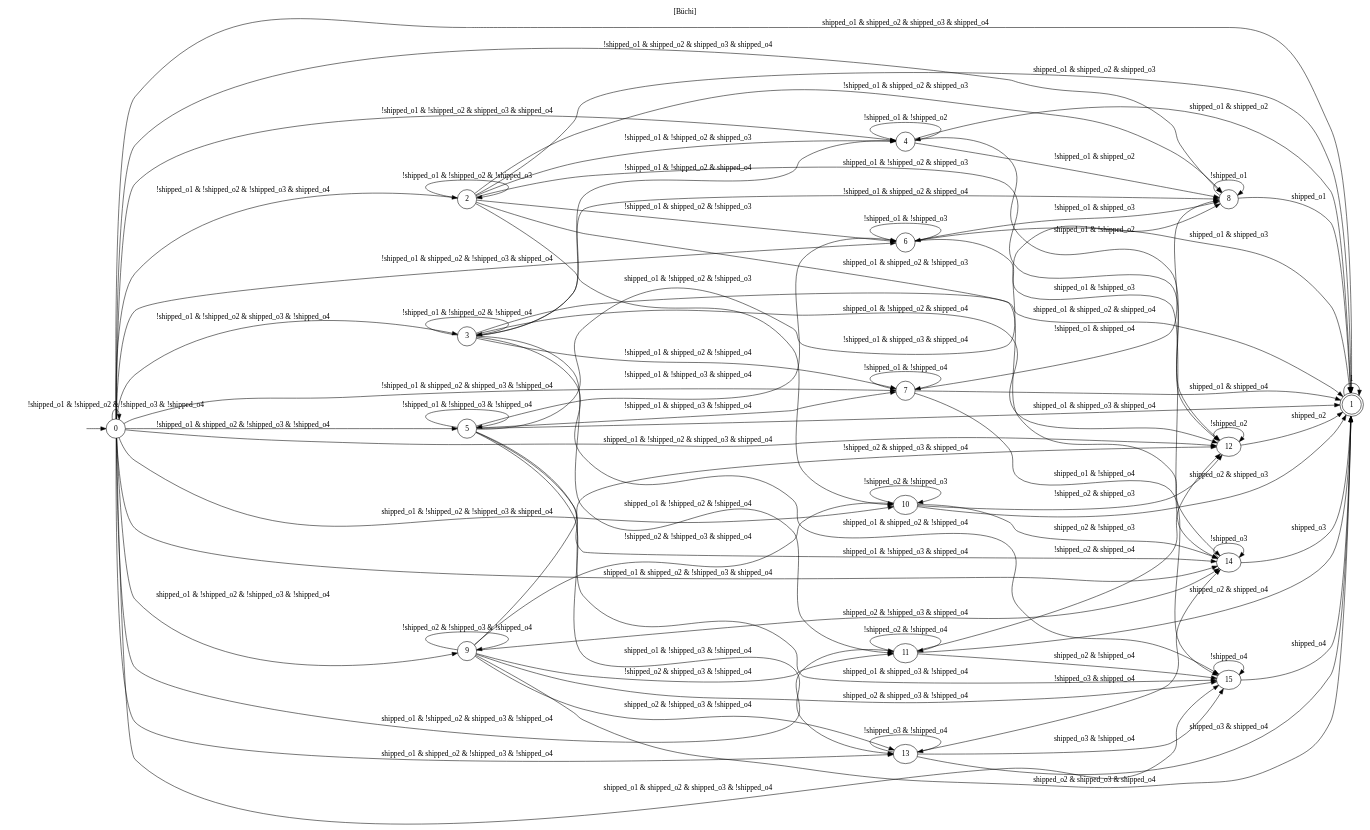
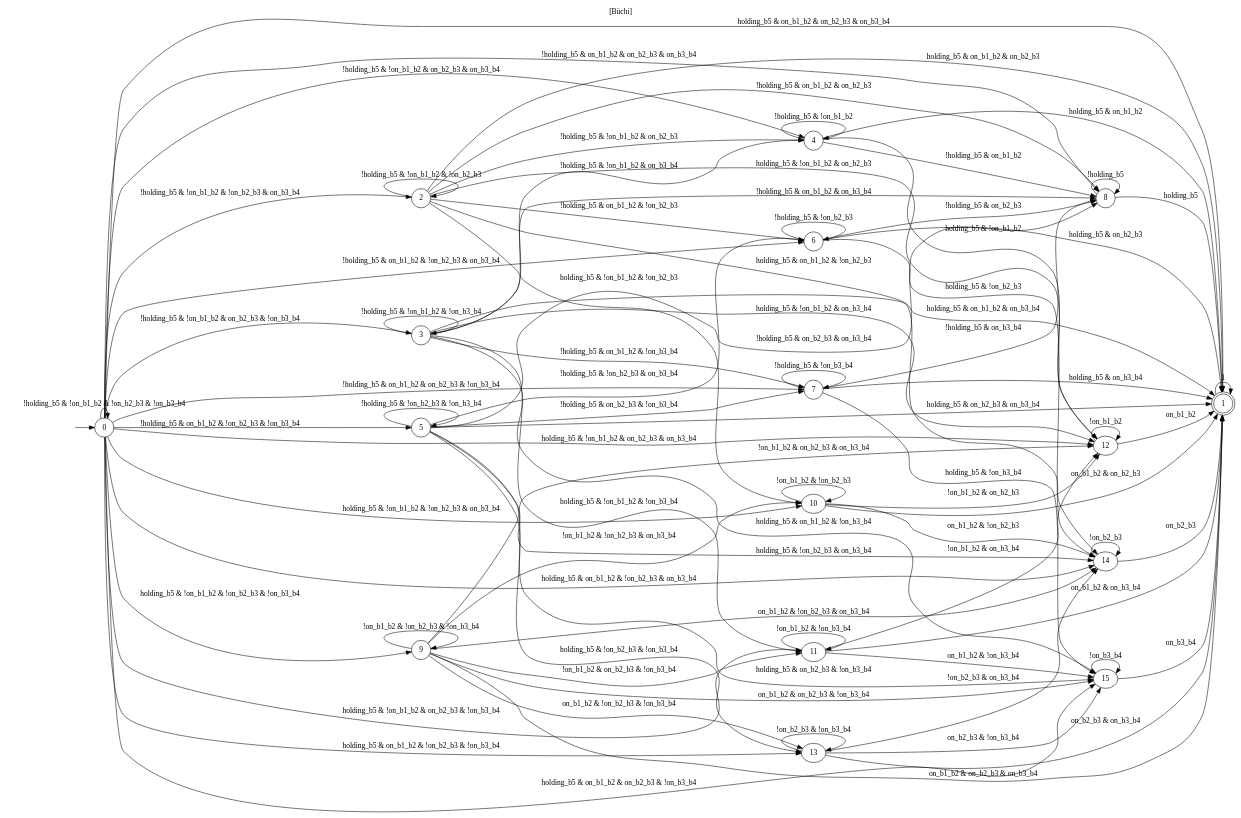
The diagram in a04_pddl_dfa.dot (YuliiaSuprun/Task-Planning-with-TEGs), drawn with Graphviz before and after one commit. The commit also changed 40 other files, not shown here.

```diff
--- a/a04_pddl_dfa.dot
+++ b/a04_pddl_dfa.dot
@@ -1,105 +1,105 @@
 digraph "" {
   rankdir=LR
   label="[Büchi]"
   labelloc="t"
   node [shape="ellipse",width="0.5",height="0.5"]
   I [label="", style=invis, width=0]
   I -> 0
   0 [label="0"]
-  0 -> 0 [label="!shipped_o1 & !shipped_o2 & !shipped_o3 & !shipped_o4"]
-  0 -> 1 [label="shipped_o1 & shipped_o2 & shipped_o3 & shipped_o4"]
-  0 -> 2 [label="!shipped_o1 & !shipped_o2 & !shipped_o3 & shipped_o4"]
-  0 -> 3 [label="!shipped_o1 & !shipped_o2 & shipped_o3 & !shipped_o4"]
-  0 -> 4 [label="!shipped_o1 & !shipped_o2 & shipped_o3 & shipped_o4"]
-  0 -> 5 [label="!shipped_o1 & shipped_o2 & !shipped_o3 & !shipped_o4"]
-  0 -> 6 [label="!shipped_o1 & shipped_o2 & !shipped_o3 & shipped_o4"]
-  0 -> 7 [label="!shipped_o1 & shipped_o2 & shipped_o3 & !shipped_o4"]
-  0 -> 8 [label="!shipped_o1 & shipped_o2 & shipped_o3 & shipped_o4"]
-  0 -> 9 [label="shipped_o1 & !shipped_o2 & !shipped_o3 & !shipped_o4"]
-  0 -> 10 [label="shipped_o1 & !shipped_o2 & !shipped_o3 & shipped_o4"]
-  0 -> 11 [label="shipped_o1 & !shipped_o2 & shipped_o3 & !shipped_o4"]
-  0 -> 12 [label="shipped_o1 & !shipped_o2 & shipped_o3 & shipped_o4"]
-  0 -> 13 [label="shipped_o1 & shipped_o2 & !shipped_o3 & !shipped_o4"]
-  0 -> 14 [label="shipped_o1 & shipped_o2 & !shipped_o3 & shipped_o4"]
-  0 -> 15 [label="shipped_o1 & shipped_o2 & shipped_o3 & !shipped_o4"]
+  0 -> 0 [label="!holding_b5 & !on_b1_b2 & !on_b2_b3 & !on_b3_b4"]
+  0 -> 1 [label="holding_b5 & on_b1_b2 & on_b2_b3 & on_b3_b4"]
+  0 -> 2 [label="!holding_b5 & !on_b1_b2 & !on_b2_b3 & on_b3_b4"]
+  0 -> 3 [label="!holding_b5 & !on_b1_b2 & on_b2_b3 & !on_b3_b4"]
+  0 -> 4 [label="!holding_b5 & !on_b1_b2 & on_b2_b3 & on_b3_b4"]
+  0 -> 5 [label="!holding_b5 & on_b1_b2 & !on_b2_b3 & !on_b3_b4"]
+  0 -> 6 [label="!holding_b5 & on_b1_b2 & !on_b2_b3 & on_b3_b4"]
+  0 -> 7 [label="!holding_b5 & on_b1_b2 & on_b2_b3 & !on_b3_b4"]
+  0 -> 8 [label="!holding_b5 & on_b1_b2 & on_b2_b3 & on_b3_b4"]
+  0 -> 9 [label="holding_b5 & !on_b1_b2 & !on_b2_b3 & !on_b3_b4"]
+  0 -> 10 [label="holding_b5 & !on_b1_b2 & !on_b2_b3 & on_b3_b4"]
+  0 -> 11 [label="holding_b5 & !on_b1_b2 & on_b2_b3 & !on_b3_b4"]
+  0 -> 12 [label="holding_b5 & !on_b1_b2 & on_b2_b3 & on_b3_b4"]
+  0 -> 13 [label="holding_b5 & on_b1_b2 & !on_b2_b3 & !on_b3_b4"]
+  0 -> 14 [label="holding_b5 & on_b1_b2 & !on_b2_b3 & on_b3_b4"]
+  0 -> 15 [label="holding_b5 & on_b1_b2 & on_b2_b3 & !on_b3_b4"]
   1 [label="1", peripheries=2]
   1 -> 1 [label="1"]
   2 [label="2"]
-  2 -> 1 [label="shipped_o1 & shipped_o2 & shipped_o3"]
-  2 -> 2 [label="!shipped_o1 & !shipped_o2 & !shipped_o3"]
-  2 -> 4 [label="!shipped_o1 & !shipped_o2 & shipped_o3"]
-  2 -> 6 [label="!shipped_o1 & shipped_o2 & !shipped_o3"]
-  2 -> 8 [label="!shipped_o1 & shipped_o2 & shipped_o3"]
-  2 -> 10 [label="shipped_o1 & !shipped_o2 & !shipped_o3"]
-  2 -> 12 [label="shipped_o1 & !shipped_o2 & shipped_o3"]
-  2 -> 14 [label="shipped_o1 & shipped_o2 & !shipped_o3"]
+  2 -> 1 [label="holding_b5 & on_b1_b2 & on_b2_b3"]
+  2 -> 2 [label="!holding_b5 & !on_b1_b2 & !on_b2_b3"]
+  2 -> 4 [label="!holding_b5 & !on_b1_b2 & on_b2_b3"]
+  2 -> 6 [label="!holding_b5 & on_b1_b2 & !on_b2_b3"]
+  2 -> 8 [label="!holding_b5 & on_b1_b2 & on_b2_b3"]
+  2 -> 10 [label="holding_b5 & !on_b1_b2 & !on_b2_b3"]
+  2 -> 12 [label="holding_b5 & !on_b1_b2 & on_b2_b3"]
+  2 -> 14 [label="holding_b5 & on_b1_b2 & !on_b2_b3"]
   3 [label="3"]
-  3 -> 1 [label="shipped_o1 & shipped_o2 & shipped_o4"]
-  3 -> 3 [label="!shipped_o1 & !shipped_o2 & !shipped_o4"]
-  3 -> 4 [label="!shipped_o1 & !shipped_o2 & shipped_o4"]
-  3 -> 7 [label="!shipped_o1 & shipped_o2 & !shipped_o4"]
-  3 -> 8 [label="!shipped_o1 & shipped_o2 & shipped_o4"]
-  3 -> 11 [label="shipped_o1 & !shipped_o2 & !shipped_o4"]
-  3 -> 12 [label="shipped_o1 & !shipped_o2 & shipped_o4"]
-  3 -> 15 [label="shipped_o1 & shipped_o2 & !shipped_o4"]
+  3 -> 1 [label="holding_b5 & on_b1_b2 & on_b3_b4"]
+  3 -> 3 [label="!holding_b5 & !on_b1_b2 & !on_b3_b4"]
+  3 -> 4 [label="!holding_b5 & !on_b1_b2 & on_b3_b4"]
+  3 -> 7 [label="!holding_b5 & on_b1_b2 & !on_b3_b4"]
+  3 -> 8 [label="!holding_b5 & on_b1_b2 & on_b3_b4"]
+  3 -> 11 [label="holding_b5 & !on_b1_b2 & !on_b3_b4"]
+  3 -> 12 [label="holding_b5 & !on_b1_b2 & on_b3_b4"]
+  3 -> 15 [label="holding_b5 & on_b1_b2 & !on_b3_b4"]
   4 [label="4"]
-  4 -> 1 [label="shipped_o1 & shipped_o2"]
-  4 -> 4 [label="!shipped_o1 & !shipped_o2"]
-  4 -> 8 [label="!shipped_o1 & shipped_o2"]
-  4 -> 12 [label="shipped_o1 & !shipped_o2"]
+  4 -> 1 [label="holding_b5 & on_b1_b2"]
+  4 -> 4 [label="!holding_b5 & !on_b1_b2"]
+  4 -> 8 [label="!holding_b5 & on_b1_b2"]
+  4 -> 12 [label="holding_b5 & !on_b1_b2"]
   5 [label="5"]
-  5 -> 1 [label="shipped_o1 & shipped_o3 & shipped_o4"]
-  5 -> 5 [label="!shipped_o1 & !shipped_o3 & !shipped_o4"]
-  5 -> 6 [label="!shipped_o1 & !shipped_o3 & shipped_o4"]
-  5 -> 7 [label="!shipped_o1 & shipped_o3 & !shipped_o4"]
-  5 -> 8 [label="!shipped_o1 & shipped_o3 & shipped_o4"]
-  5 -> 13 [label="shipped_o1 & !shipped_o3 & !shipped_o4"]
-  5 -> 14 [label="shipped_o1 & !shipped_o3 & shipped_o4"]
-  5 -> 15 [label="shipped_o1 & shipped_o3 & !shipped_o4"]
+  5 -> 1 [label="holding_b5 & on_b2_b3 & on_b3_b4"]
+  5 -> 5 [label="!holding_b5 & !on_b2_b3 & !on_b3_b4"]
+  5 -> 6 [label="!holding_b5 & !on_b2_b3 & on_b3_b4"]
+  5 -> 7 [label="!holding_b5 & on_b2_b3 & !on_b3_b4"]
+  5 -> 8 [label="!holding_b5 & on_b2_b3 & on_b3_b4"]
+  5 -> 13 [label="holding_b5 & !on_b2_b3 & !on_b3_b4"]
+  5 -> 14 [label="holding_b5 & !on_b2_b3 & on_b3_b4"]
+  5 -> 15 [label="holding_b5 & on_b2_b3 & !on_b3_b4"]
   6 [label="6"]
-  6 -> 1 [label="shipped_o1 & shipped_o3"]
-  6 -> 6 [label="!shipped_o1 & !shipped_o3"]
-  6 -> 8 [label="!shipped_o1 & shipped_o3"]
-  6 -> 14 [label="shipped_o1 & !shipped_o3"]
+  6 -> 1 [label="holding_b5 & on_b2_b3"]
+  6 -> 6 [label="!holding_b5 & !on_b2_b3"]
+  6 -> 8 [label="!holding_b5 & on_b2_b3"]
+  6 -> 14 [label="holding_b5 & !on_b2_b3"]
   7 [label="7"]
-  7 -> 1 [label="shipped_o1 & shipped_o4"]
-  7 -> 7 [label="!shipped_o1 & !shipped_o4"]
-  7 -> 8 [label="!shipped_o1 & shipped_o4"]
-  7 -> 15 [label="shipped_o1 & !shipped_o4"]
+  7 -> 1 [label="holding_b5 & on_b3_b4"]
+  7 -> 7 [label="!holding_b5 & !on_b3_b4"]
+  7 -> 8 [label="!holding_b5 & on_b3_b4"]
+  7 -> 15 [label="holding_b5 & !on_b3_b4"]
   8 [label="8"]
-  8 -> 1 [label="shipped_o1"]
-  8 -> 8 [label="!shipped_o1"]
+  8 -> 1 [label="holding_b5"]
+  8 -> 8 [label="!holding_b5"]
   9 [label="9"]
-  9 -> 1 [label="shipped_o2 & shipped_o3 & shipped_o4"]
-  9 -> 9 [label="!shipped_o2 & !shipped_o3 & !shipped_o4"]
-  9 -> 10 [label="!shipped_o2 & !shipped_o3 & shipped_o4"]
-  9 -> 11 [label="!shipped_o2 & shipped_o3 & !shipped_o4"]
-  9 -> 12 [label="!shipped_o2 & shipped_o3 & shipped_o4"]
-  9 -> 13 [label="shipped_o2 & !shipped_o3 & !shipped_o4"]
-  9 -> 14 [label="shipped_o2 & !shipped_o3 & shipped_o4"]
-  9 -> 15 [label="shipped_o2 & shipped_o3 & !shipped_o4"]
+  9 -> 1 [label="on_b1_b2 & on_b2_b3 & on_b3_b4"]
+  9 -> 9 [label="!on_b1_b2 & !on_b2_b3 & !on_b3_b4"]
+  9 -> 10 [label="!on_b1_b2 & !on_b2_b3 & on_b3_b4"]
+  9 -> 11 [label="!on_b1_b2 & on_b2_b3 & !on_b3_b4"]
+  9 -> 12 [label="!on_b1_b2 & on_b2_b3 & on_b3_b4"]
+  9 -> 13 [label="on_b1_b2 & !on_b2_b3 & !on_b3_b4"]
+  9 -> 14 [label="on_b1_b2 & !on_b2_b3 & on_b3_b4"]
+  9 -> 15 [label="on_b1_b2 & on_b2_b3 & !on_b3_b4"]
   10 [label="10"]
-  10 -> 1 [label="shipped_o2 & shipped_o3"]
-  10 -> 10 [label="!shipped_o2 & !shipped_o3"]
-  10 -> 12 [label="!shipped_o2 & shipped_o3"]
-  10 -> 14 [label="shipped_o2 & !shipped_o3"]
+  10 -> 1 [label="on_b1_b2 & on_b2_b3"]
+  10 -> 10 [label="!on_b1_b2 & !on_b2_b3"]
+  10 -> 12 [label="!on_b1_b2 & on_b2_b3"]
+  10 -> 14 [label="on_b1_b2 & !on_b2_b3"]
   11 [label="11"]
-  11 -> 1 [label="shipped_o2 & shipped_o4"]
-  11 -> 11 [label="!shipped_o2 & !shipped_o4"]
-  11 -> 12 [label="!shipped_o2 & shipped_o4"]
-  11 -> 15 [label="shipped_o2 & !shipped_o4"]
+  11 -> 1 [label="on_b1_b2 & on_b3_b4"]
+  11 -> 11 [label="!on_b1_b2 & !on_b3_b4"]
+  11 -> 12 [label="!on_b1_b2 & on_b3_b4"]
+  11 -> 15 [label="on_b1_b2 & !on_b3_b4"]
   12 [label="12"]
-  12 -> 1 [label="shipped_o2"]
-  12 -> 12 [label="!shipped_o2"]
+  12 -> 1 [label="on_b1_b2"]
+  12 -> 12 [label="!on_b1_b2"]
   13 [label="13"]
-  13 -> 1 [label="shipped_o3 & shipped_o4"]
-  13 -> 13 [label="!shipped_o3 & !shipped_o4"]
-  13 -> 14 [label="!shipped_o3 & shipped_o4"]
-  13 -> 15 [label="shipped_o3 & !shipped_o4"]
+  13 -> 1 [label="on_b2_b3 & on_b3_b4"]
+  13 -> 13 [label="!on_b2_b3 & !on_b3_b4"]
+  13 -> 14 [label="!on_b2_b3 & on_b3_b4"]
+  13 -> 15 [label="on_b2_b3 & !on_b3_b4"]
   14 [label="14"]
-  14 -> 1 [label="shipped_o3"]
-  14 -> 14 [label="!shipped_o3"]
+  14 -> 1 [label="on_b2_b3"]
+  14 -> 14 [label="!on_b2_b3"]
   15 [label="15"]
-  15 -> 1 [label="shipped_o4"]
-  15 -> 15 [label="!shipped_o4"]
+  15 -> 1 [label="on_b3_b4"]
+  15 -> 15 [label="!on_b3_b4"]
 }
```
